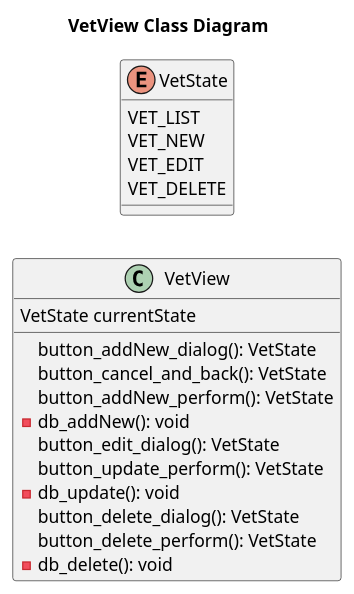
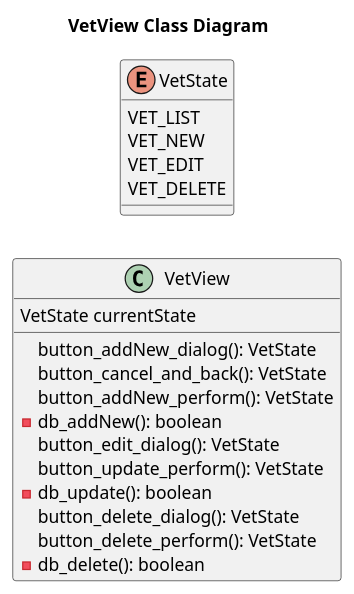
One commit to Jakarta-EE-Petclinic/petclinic-uml changed the diagram in puml/vet/VetView__Class.puml. Above: the diagram before and after it, drawn with PlantUML.

```diff
--- a/puml/vet/VetView__Class.puml
+++ b/puml/vet/VetView__Class.puml
@@ -1,30 +1,30 @@
 @startuml
 'https://plantuml.com/class-diagram
 
 title VetView Class Diagram
 
 left to right direction
 'top to bottom direction
 
 class VetView {
     VetState currentState
     button_addNew_dialog(): VetState
     button_cancel_and_back(): VetState
     button_addNew_perform(): VetState
-    - db_addNew(): void
+    - db_addNew(): boolean
     button_edit_dialog(): VetState
     button_update_perform(): VetState
-    - db_update(): void
+    - db_update(): boolean
     button_delete_dialog(): VetState
     button_delete_perform(): VetState
-    - db_delete(): void
+    - db_delete(): boolean
 }
 
 enum VetState {
     VET_LIST
     VET_NEW
     VET_EDIT
     VET_DELETE
 }
 
 @enduml
```
